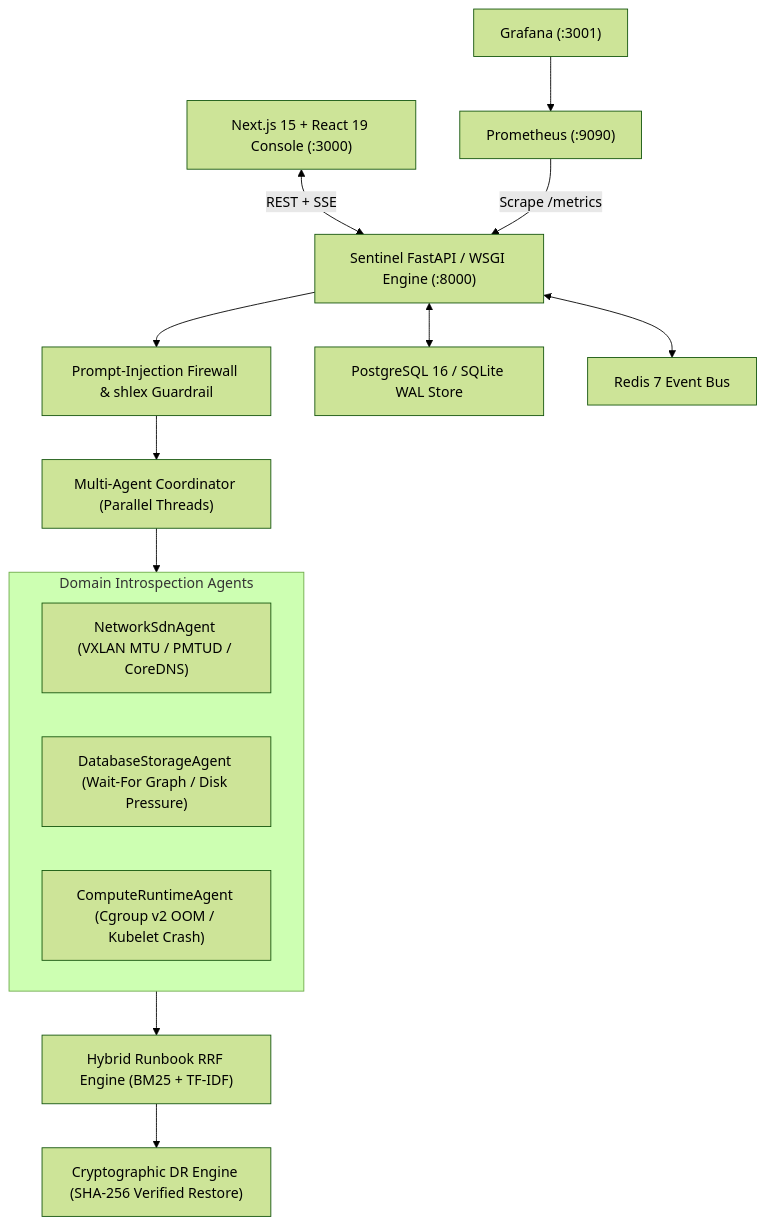
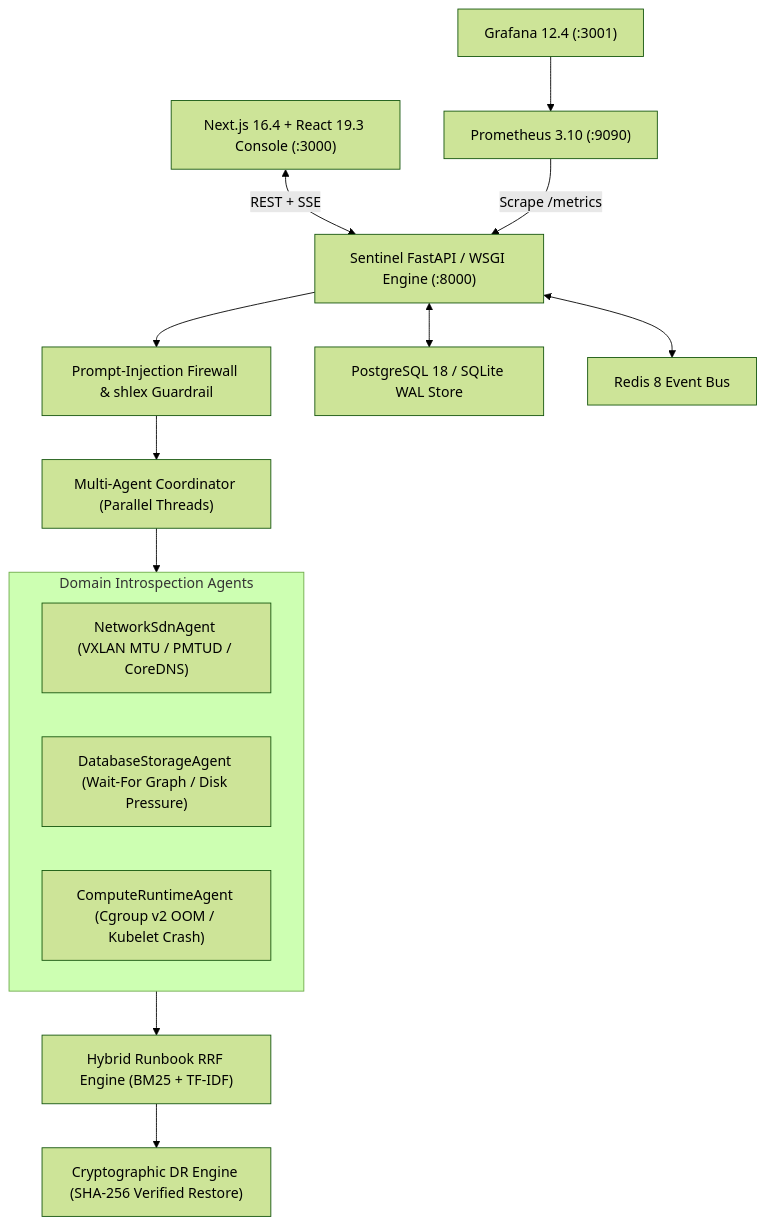
Before and after one commit to whysari/sentinel-sre: the diagram in README.md, drawn with Mermaid (forest theme). The commit also changed other lines of this file and 1 other file, not shown here.

Commit message:
docs(ci): add full-stack CI workflow and Staff architecture README

````diff
--- a/README.md
+++ b/README.md
@@ -23,20 +23,20 @@
 ```mermaid
 flowchart TD
-    UI["Next.js 15 + React 19 Console (:3000)"] <-->|REST + SSE| API["Sentinel FastAPI / WSGI Engine (:8000)"]
+    UI["Next.js 16.4 + React 19.3 Console (:3000)"] <-->|REST + SSE| API["Sentinel FastAPI / WSGI Engine (:8000)"]
     API --> Firewall["Prompt-Injection Firewall & shlex Guardrail"]
     Firewall --> Coord["Multi-Agent Coordinator (Parallel Threads)"]
 
     subgraph Agents ["Domain Introspection Agents"]
         Net["NetworkSdnAgent (VXLAN MTU / PMTUD / CoreDNS)"]
         DB["DatabaseStorageAgent (Wait-For Graph / Disk Pressure)"]
         Comp["ComputeRuntimeAgent (Cgroup v2 OOM / Kubelet Crash)"]
     end
     Coord --> Agents
     Agents --> RRF["Hybrid Runbook RRF Engine (BM25 + TF-IDF)"]
     RRF --> DR["Cryptographic DR Engine (SHA-256 Verified Restore)"]
 
-    API <--> Postgres["PostgreSQL 16 / SQLite WAL Store"]
-    API <--> Redis["Redis 7 Event Bus"]
-    Prom["Prometheus (:9090)"] -->|Scrape /metrics| API
-    Grafana["Grafana (:3001)"] --> Prom
+    API <--> Postgres["PostgreSQL 18 / SQLite WAL Store"]
+    API <--> Redis["Redis 8 Event Bus"]
+    Prom["Prometheus 3.10 (:9090)"] -->|Scrape /metrics| API
+    Grafana["Grafana 12.4 (:3001)"] --> Prom
 ```
````
